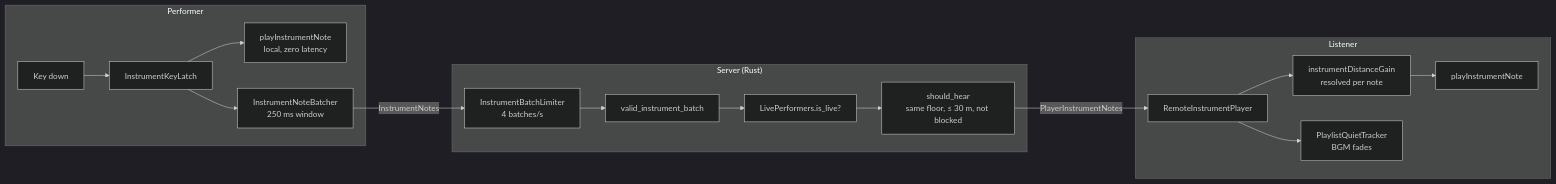
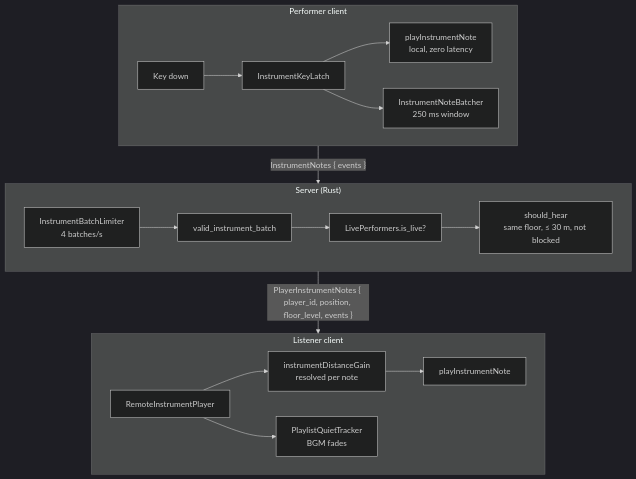
Before and after one commit to darkdarkcocoa/bardkit: the diagram in README.md, drawn with Mermaid (dark theme).

Commit message:
Stack the README pipeline diagram so it reads at column width

````diff
--- a/README.md
+++ b/README.md
@@ -51,20 +51,23 @@
 ```mermaid
-flowchart LR
-  subgraph Performer
+flowchart TB
+  subgraph Performer["Performer client"]
+    direction LR
     K[Key down] --> L[InstrumentKeyLatch]
     L --> P[playInstrumentNote<br/>local, zero latency]
     L --> B[InstrumentNoteBatcher<br/>250 ms window]
   end
-  B -- "InstrumentNotes" --> S1
   subgraph Server["Server (Rust)"]
+    direction LR
     S1[InstrumentBatchLimiter<br/>4 batches/s] --> S2[valid_instrument_batch]
     S2 --> S3[LivePerformers.is_live?]
     S3 --> S4[should_hear<br/>same floor, ≤ 30 m, not blocked]
   end
-  S4 -- "PlayerInstrumentNotes" --> R1
-  subgraph Listener
+  subgraph Listener["Listener client"]
+    direction LR
     R1[RemoteInstrumentPlayer] --> R2[instrumentDistanceGain<br/>resolved per note]
     R2 --> R3[playInstrumentNote]
     R1 --> Q[PlaylistQuietTracker<br/>BGM fades]
   end
+  Performer -- "InstrumentNotes { events }" --> Server
+  Server -- "PlayerInstrumentNotes { player_id, position, floor_level, events }" --> Listener
 ```
````
